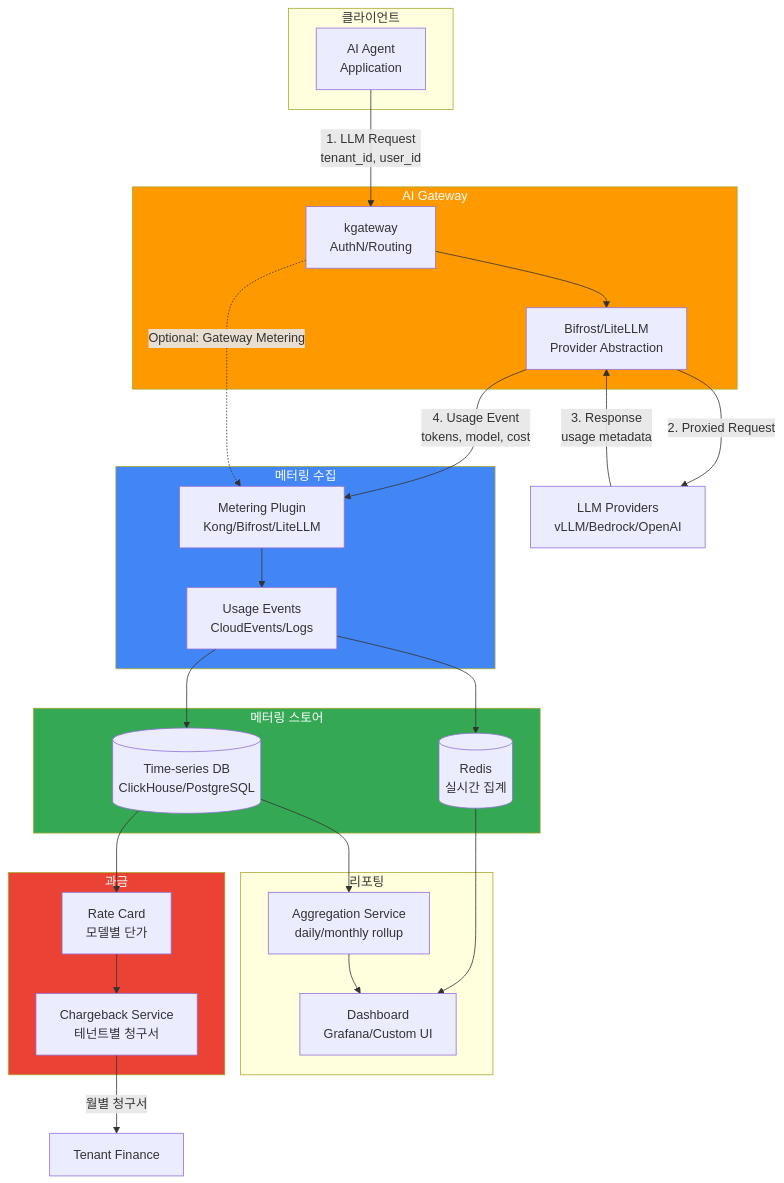
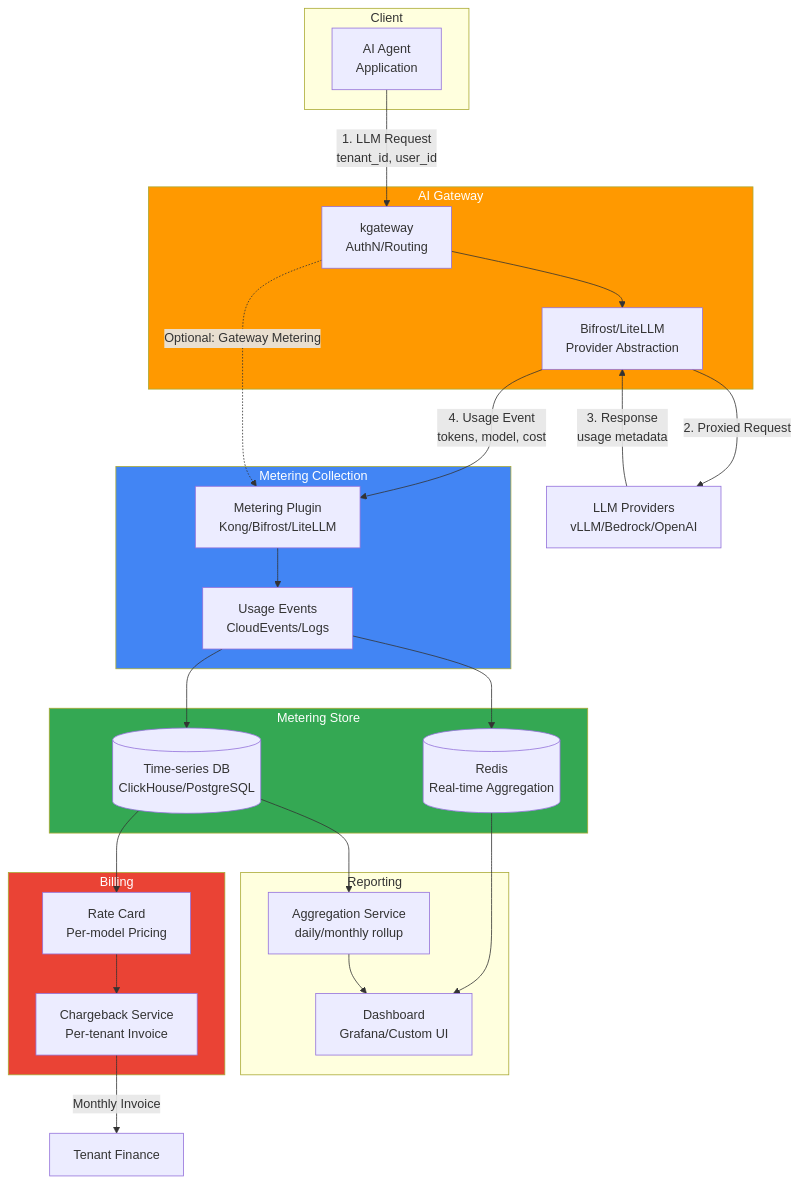
One commit to devfloor9/engineering-playbook changed the second of 3 diagrams in docs/agentic-ai-platform/operations-mlops/governance/llm-finops-chargeback.md. Above: the diagram before and after it, drawn with Mermaid. The commit also changed other lines of this file and 954 other files, not shown here.

````diff
--- a/docs/agentic-ai-platform/operations-mlops/governance/llm-finops-chargeback.md
+++ b/docs/agentic-ai-platform/operations-mlops/governance/llm-finops-chargeback.md
@@ -134,56 +134,56 @@
 ```mermaid
 flowchart TB
-    subgraph Client["클라이언트"]
+    subgraph Client["Client"]
         APP[AI Agent<br/>Application]
     end
 
     subgraph Gateway["AI Gateway"]
         KGATEWAY[kgateway<br/>AuthN/Routing]
         BIFROST[Bifrost/LiteLLM<br/>Provider Abstraction]
     end
 
-    subgraph Metering["메터링 수집"]
+    subgraph Metering["Metering Collection"]
         COLLECTOR[Metering Plugin<br/>Kong/Bifrost/LiteLLM]
         EVENTS[Usage Events<br/>CloudEvents/Logs]
     end
 
-    subgraph Store["메터링 스토어"]
+    subgraph Store["Metering Store"]
         TSDB[(Time-series DB<br/>ClickHouse/PostgreSQL)]
-        CACHE[(Redis<br/>실시간 집계)]
+        CACHE[(Redis<br/>Real-time Aggregation)]
     end
 
-    subgraph Reporting["리포팅"]
+    subgraph Reporting["Reporting"]
         AGG[Aggregation Service<br/>daily/monthly rollup]
         DASH[Dashboard<br/>Grafana/Custom UI]
     end
 
-    subgraph Billing["과금"]
-        RATE[Rate Card<br/>모델별 단가]
-        CHARGEBACK[Chargeback Service<br/>테넌트별 청구서]
+    subgraph Billing["Billing"]
+        RATE[Rate Card<br/>Per-model Pricing]
+        CHARGEBACK[Chargeback Service<br/>Per-tenant Invoice]
     end
 
     APP -->|1. LLM Request<br/>tenant_id, user_id| KGATEWAY
     KGATEWAY --> BIFROST
     BIFROST -->|2. Proxied Request| MODEL[LLM Providers<br/>vLLM/Bedrock/OpenAI]
     MODEL -->|3. Response<br/>usage metadata| BIFROST
 
     BIFROST -->|4. Usage Event<br/>tokens, model, cost| COLLECTOR
     KGATEWAY -.->|Optional: Gateway Metering| COLLECTOR
 
     COLLECTOR --> EVENTS
     EVENTS --> TSDB
     EVENTS --> CACHE
 
     TSDB --> AGG
     CACHE --> DASH
     AGG --> DASH
 
     TSDB --> RATE
     RATE --> CHARGEBACK
-    CHARGEBACK -->|월별 청구서| TENANT[Tenant Finance]
+    CHARGEBACK -->|Monthly Invoice| TENANT[Tenant Finance]
 
     style Gateway fill:#ff9900,color:#fff
     style Metering fill:#4285f4,color:#fff
     style Store fill:#34a853,color:#fff
     style Billing fill:#ea4335,color:#fff
 ```
````
